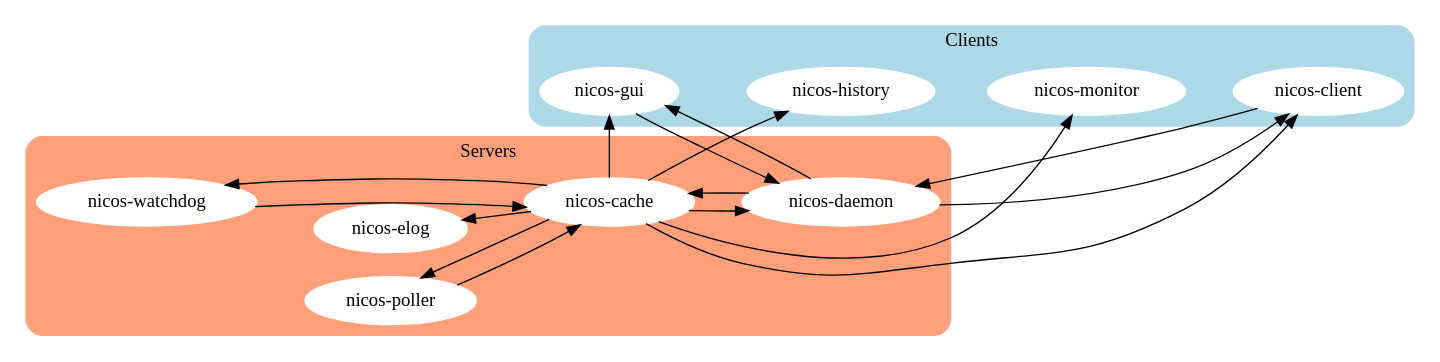
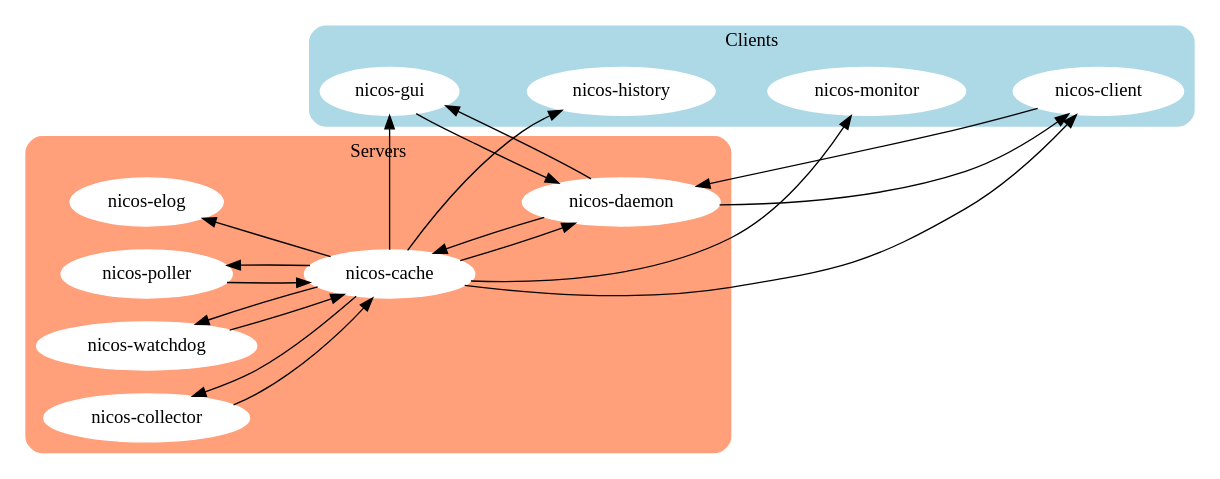
The diagram in doc/source/components.rst (mlz-ictrl/nicos), drawn with Graphviz before and after one commit. The commit also changed other lines of this file and 4 other files, not shown here.

```diff
--- a/doc/source/components.rst
+++ b/doc/source/components.rst
@@ -7,52 +7,55 @@
 .. digraph:: Components
 
     rankdir = LR;
 
     subgraph cluster0 {
         node [style=filled,color=white];
         style = "rounded,filled";
         color = lightsalmon;
 
 
-        "nicos-watchdog" {rank = same; "nicos-elog"; "nicos-poller"}
+        "nicos-watchdog" {rank = same; "nicos-elog"; "nicos-poller";
+                          "nicos-collector"; "nicos-watchdog"}
         "nicos-cache" {rank = same; "nicos-daemon";}
 
         "nicos-cache"   -> "nicos-daemon"
         "nicos-cache"   -> "nicos-poller"
         "nicos-cache"   -> "nicos-watchdog"
         "nicos-cache"   -> "nicos-elog"
+        "nicos-cache"   -> "nicos-collector"
         "nicos-watchdog"-> "nicos-cache"
         "nicos-daemon"  -> "nicos-cache"
         "nicos-poller"  -> "nicos-cache"
+        "nicos-collector" -> "nicos-cache"
 
         edge[style=invis];
         "nicos-watchdog" -> "nicos-poller" -> "nicos-elog"
 
         label = "Servers";
     }
 
     subgraph cluster1 {
         node [style=filled,color=white];
         style = "rounded,filled";
         color = lightblue;
 
         "nicos-gui"{rank = same; "nicos-history";}
         "nicos-history"
         "nicos-monitor"
         "nicos-client"
 
         edge[style=invis];
         "nicos-gui" -> "nicos-history" -> "nicos-monitor" -> "nicos-client"
 
         label = "Clients";
     }
 
 
     "nicos-cache"   -> "nicos-gui"
     "nicos-cache"   -> "nicos-client"
     "nicos-cache"   -> "nicos-monitor"
     "nicos-cache"   -> "nicos-history"
     "nicos-daemon"  -> "nicos-gui"
     "nicos-daemon"  -> "nicos-client"
     "nicos-gui"     -> "nicos-daemon"
     "nicos-client"  -> "nicos-daemon"
```
